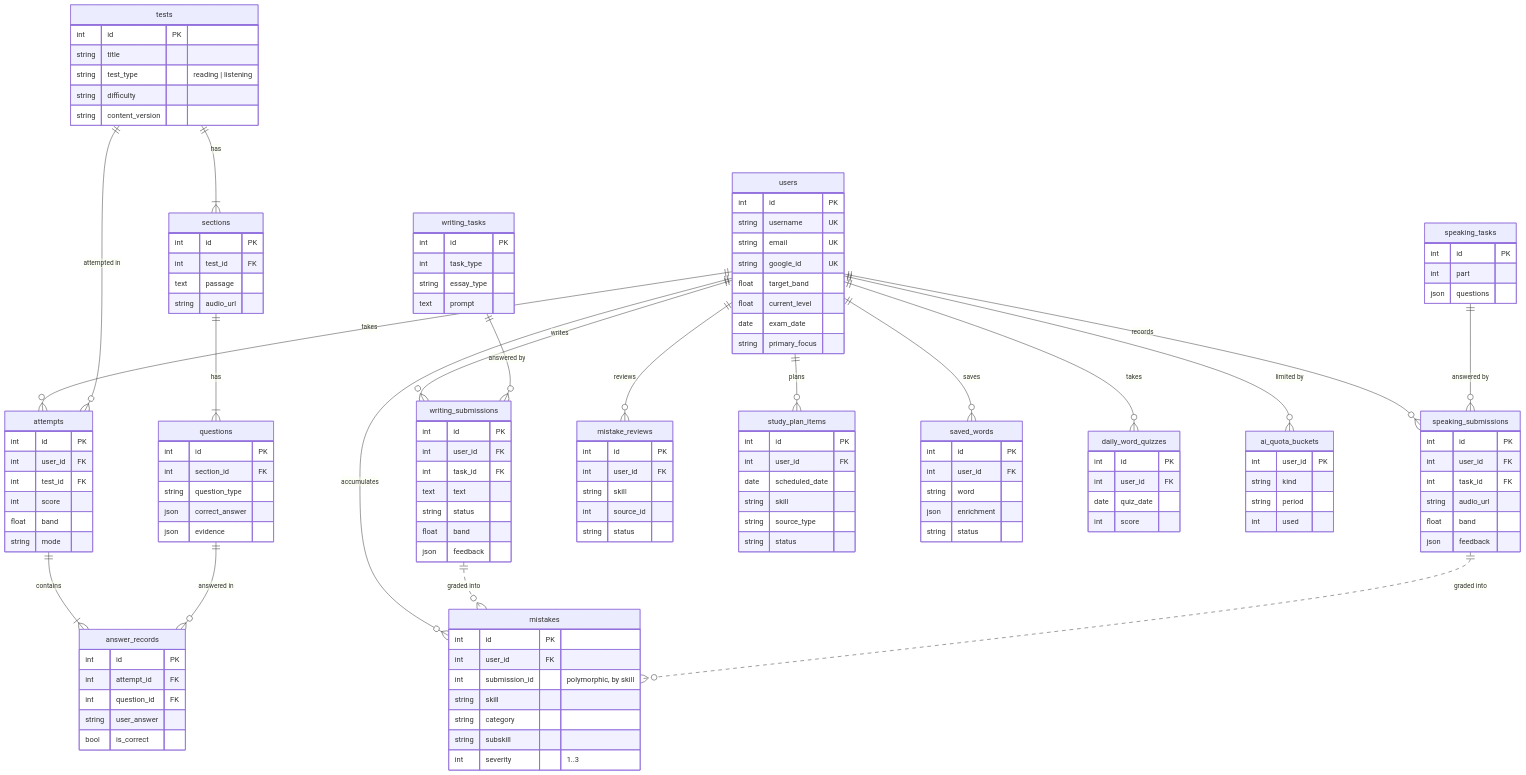
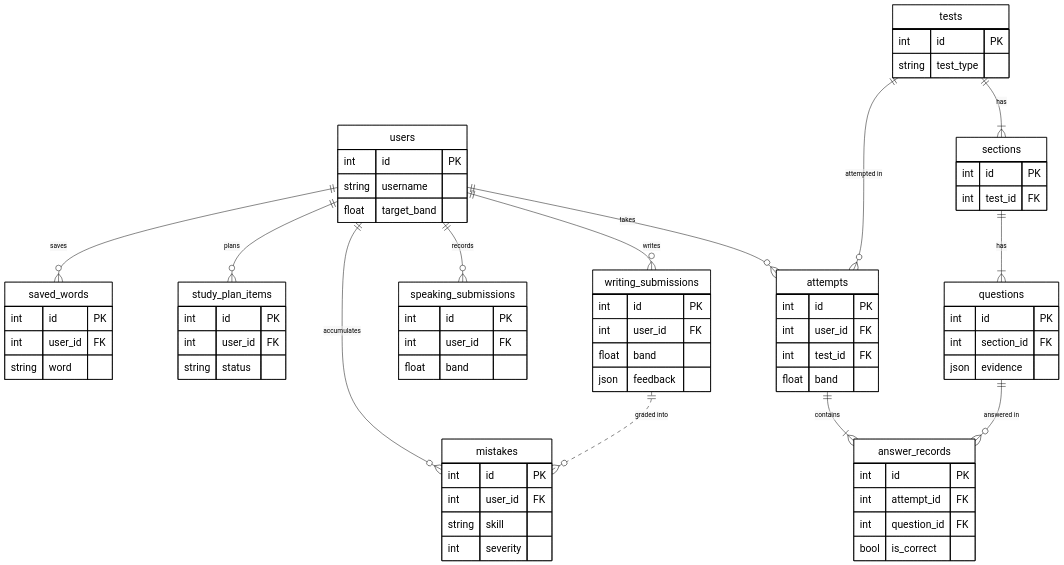
The diagram in docs/diagrams/er.mmd (RakhatBalga/Testora), drawn with Mermaid before and after one commit. The commit also changed 8 other files, not shown here.

Commit message:
TST-13: Simplify component, deployment and ER diagrams for print

```diff
--- a/docs/diagrams/er.mmd
+++ b/docs/diagrams/er.mmd
@@ -1,138 +1,54 @@
 %% Testora: key data entities (subset of backend/app/domain/models)
-%% Table and column names verified against SQLAlchemy models; not all columns shown.
+%% Table names verified against SQLAlchemy models; only keys and main columns shown.
+%% Not shown: writing_tasks, speaking_tasks, mistake_reviews, daily_word_quizzes, ai_quota_buckets, listening_progress, diagnostic_sessions, ai_reservations, oauth_flows.
+%%{init: {"theme": "base", "themeVariables": {"fontSize": "22px", "fontFamily": "Times New Roman, serif", "primaryColor": "#ffffff", "primaryBorderColor": "#000000", "primaryTextColor": "#000000", "lineColor": "#000000", "clusterBkg": "#f2f2f2", "clusterBorder": "#000000", "tertiaryColor": "#f2f2f2"}, "flowchart": {"nodeSpacing": 40, "rankSpacing": 55}}}%%
 erDiagram
-    users {
-        int id PK
-        string username UK
-        string email UK
-        string google_id UK
-        float target_band
-        float current_level
-        date exam_date
-        string primary_focus
-    }
-    tests {
-        int id PK
-        string title
-        string test_type "reading | listening"
-        string difficulty
-        string content_version
-    }
-    sections {
-        int id PK
-        int test_id FK
-        text passage
-        string audio_url
-    }
-    questions {
-        int id PK
+    direction TB
+    users { int id PK
+        string username
+        float target_band }
+    tests { int id PK
+        string test_type }
+    sections { int id PK
+        int test_id FK }
+    questions { int id PK
         int section_id FK
-        string question_type
-        json correct_answer
-        json evidence
-    }
-    attempts {
-        int id PK
+        json evidence }
+    attempts { int id PK
         int user_id FK
         int test_id FK
-        int score
-        float band
-        string mode
-    }
-    answer_records {
-        int id PK
+        float band }
+    answer_records { int id PK
         int attempt_id FK
         int question_id FK
-        string user_answer
-        bool is_correct
-    }
-    writing_tasks {
-        int id PK
-        int task_type
-        string essay_type
-        text prompt
-    }
-    writing_submissions {
-        int id PK
+        bool is_correct }
+    writing_submissions { int id PK
         int user_id FK
-        int task_id FK
-        text text
-        string status
         float band
-        json feedback
-    }
-    speaking_tasks {
-        int id PK
-        int part
-        json questions
-    }
-    speaking_submissions {
-        int id PK
+        json feedback }
+    speaking_submissions { int id PK
         int user_id FK
-        int task_id FK
-        string audio_url
-        float band
-        json feedback
-    }
-    mistakes {
-        int id PK
-        int user_id FK
-        int submission_id "polymorphic, by skill"
-        string skill
-        string category
-        string subskill
-        int severity "1..3"
-    }
-    mistake_reviews {
-        int id PK
+        float band }
+    mistakes { int id PK
         int user_id FK
         string skill
-        int source_id
-        string status
-    }
-    study_plan_items {
-        int id PK
+        int severity }
+    study_plan_items { int id PK
         int user_id FK
-        date scheduled_date
-        string skill
-        string source_type
-        string status
-    }
-    saved_words {
-        int id PK
+        string status }
+    saved_words { int id PK
         int user_id FK
-        string word
-        json enrichment
-        string status
-    }
-    daily_word_quizzes {
-        int id PK
-        int user_id FK
-        date quiz_date
-        int score
-    }
-    ai_quota_buckets {
-        int user_id PK
-        string kind
-        string period
-        int used
-    }
+        string word }
 
-    users ||--o{ attempts : takes
     tests ||--|{ sections : has
     sections ||--|{ questions : has
+    users ||--o{ attempts : takes
     tests ||--o{ attempts : "attempted in"
     attempts ||--|{ answer_records : contains
     questions ||--o{ answer_records : "answered in"
     users ||--o{ writing_submissions : writes
-    writing_tasks ||--o{ writing_submissions : "answered by"
     users ||--o{ speaking_submissions : records
-    speaking_tasks ||--o{ speaking_submissions : "answered by"
     users ||--o{ mistakes : accumulates
     writing_submissions ||..o{ mistakes : "graded into"
-    speaking_submissions ||..o{ mistakes : "graded into"
-    users ||--o{ mistake_reviews : reviews
     users ||--o{ study_plan_items : plans
     users ||--o{ saved_words : saves
-    users ||--o{ daily_word_quizzes : takes
-    users ||--o{ ai_quota_buckets : "limited by"
```
